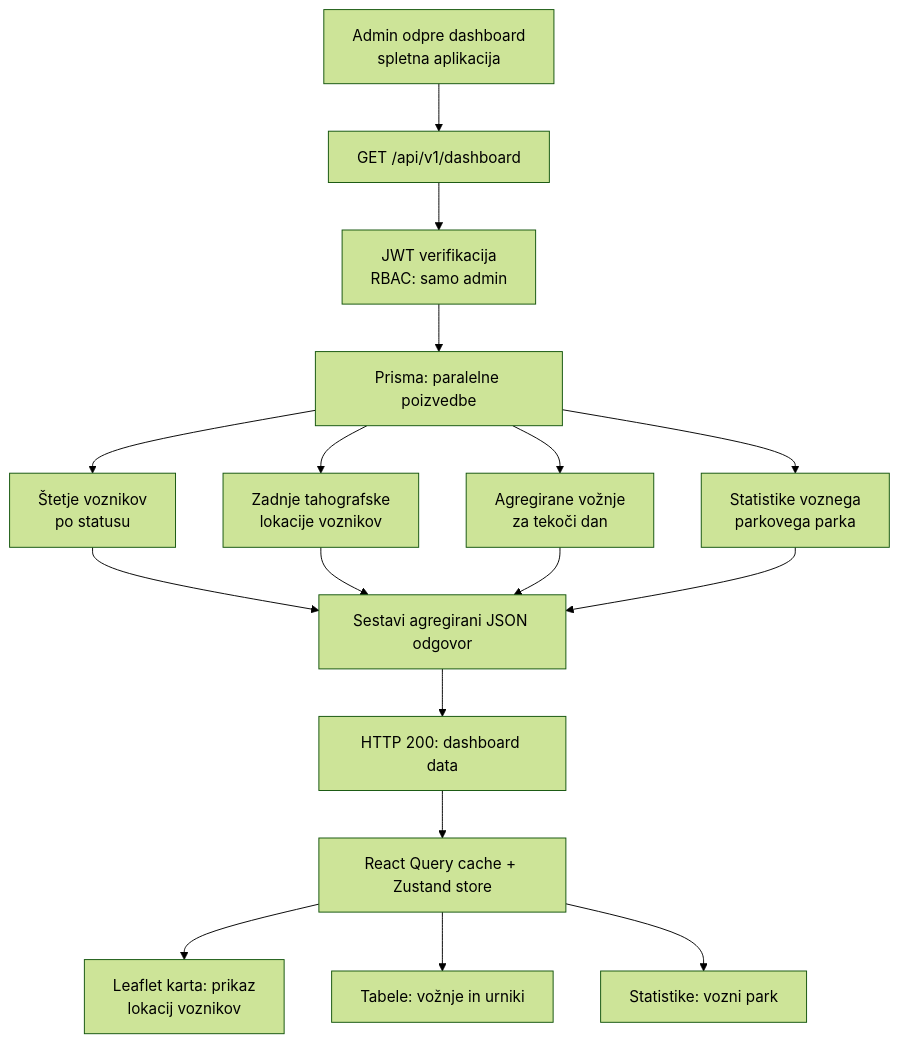
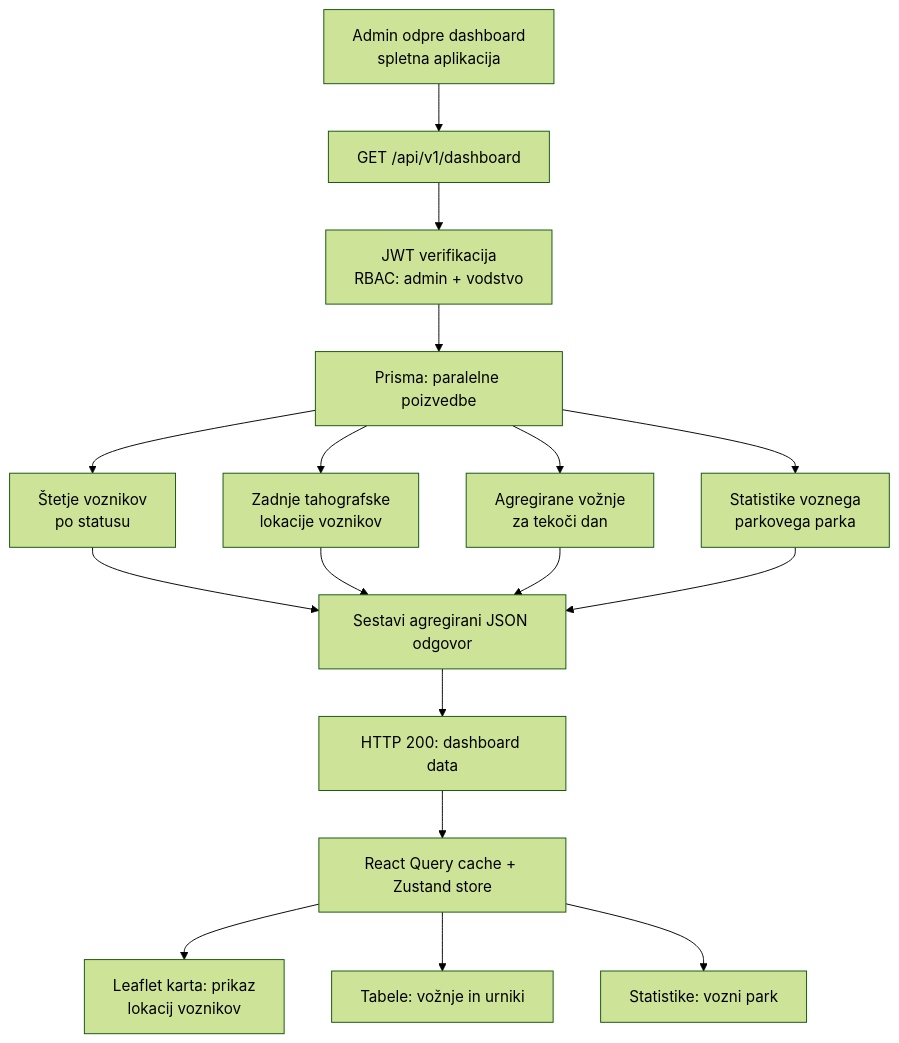
The seventh of 18 diagrams in README.md (Valeri123car/Projekt2026), drawn with Mermaid (forest theme) before and after one commit. The commit also changed other lines of this file and 2 other files, not shown here.

````diff
--- a/README.md
+++ b/README.md
@@ -371,16 +367,16 @@
 ```mermaid
 flowchart TD
     A[Admin odpre dashboard\nspletna aplikacija] --> B[GET /api/v1/dashboard]
-    B --> C[JWT verifikacija\nRBAC: samo admin]
+    B --> C[JWT verifikacija\nRBAC: admin + vodstvo]
     C --> D[Prisma: paralelne poizvedbe]
     D --> D1[Štetje voznikov\npo statusu]
     D --> D2[Zadnje tahografske\nlokacije voznikov]
     D --> D3[Agregirane vožnje\nza tekoči dan]
     D --> D4[Statistike voznega\nparkovega parka]
     D1 & D2 & D3 & D4 --> E[Sestavi agregirani JSON odgovor]
     E --> F[HTTP 200: dashboard data]
     F --> G[React Query cache + Zustand store]
     G --> H[Leaflet karta: prikaz\nlokacij voznikov]
     G --> I[Tabele: vožnje in urniki]
     G --> J[Statistike: vozni park]
 ```
````
